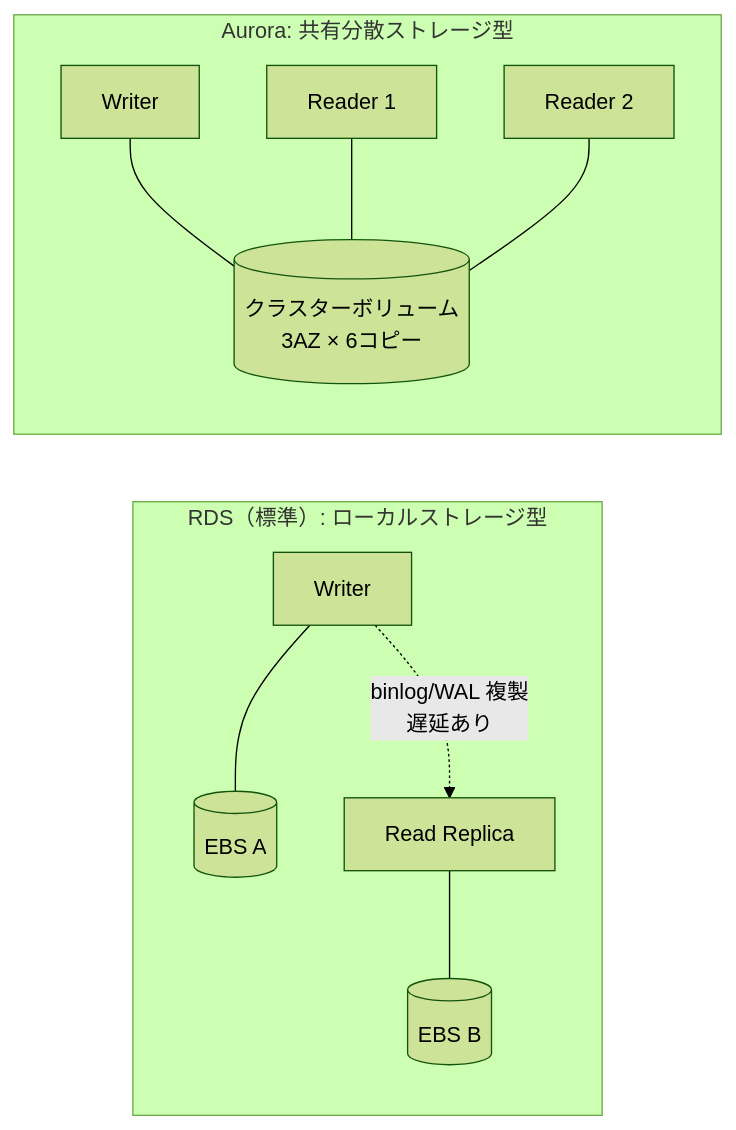
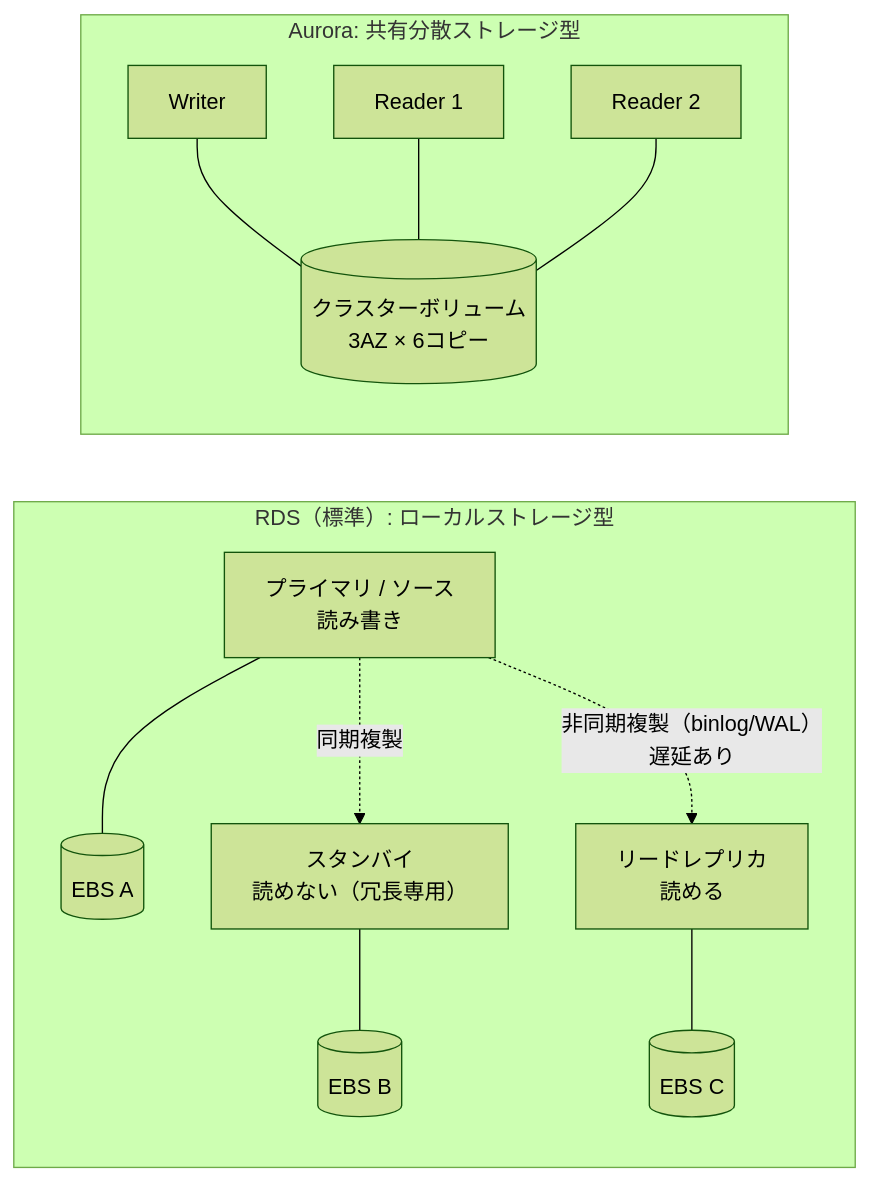
One commit to 0000masa/react-laravel-practice-public changed the second of 2 diagrams in docs/aws-infra/aws-rds-options-reference.md. Above: the diagram before and after it, drawn with Mermaid (forest theme). The commit also changed other lines of this file, not shown here.

Commit message:
docs: RDS のスタンバイとリードレプリカの違いを本文と図に明記
- Multi-AZ スタンバイ（同期複製・冗長専用）とリードレプリカ（非同期複製・読み取り可）の役割差を本文に追記
- Mermaid 図をプライマリ／スタンバイ／リードレプリカの 3 台構成に描き直し、複製方式をエッジラベルで区別

````diff
--- a/docs/aws-infra/aws-rds-options-reference.md
+++ b/docs/aws-infra/aws-rds-options-reference.md
@@ -116,17 +116,19 @@
 ```mermaid
 flowchart LR
     subgraph RDS["RDS（標準）: ローカルストレージ型"]
-        W1[Writer] --- S1[(EBS A)]
-        R1[Read Replica] --- S2[(EBS B)]
-        W1 -. binlog/WAL 複製<br/>遅延あり .-> R1
+        P1["プライマリ / ソース<br/>読み書き"] --- S1[(EBS A)]
+        ST["スタンバイ<br/>読めない（冗長専用）"] --- S2[(EBS B)]
+        RR["リードレプリカ<br/>読める"] --- S3[(EBS C)]
+        P1 -. 同期複製 .-> ST
+        P1 -. 非同期複製（binlog/WAL）<br/>遅延あり .-> RR
     end
 
     subgraph AUR["Aurora: 共有分散ストレージ型"]
         W2[Writer]
         RR1[Reader 1]
         RR2[Reader 2]
         W2 --- V[(クラスターボリューム<br/>3AZ × 6コピー)]
         RR1 --- V
         RR2 --- V
     end
 ```
````
